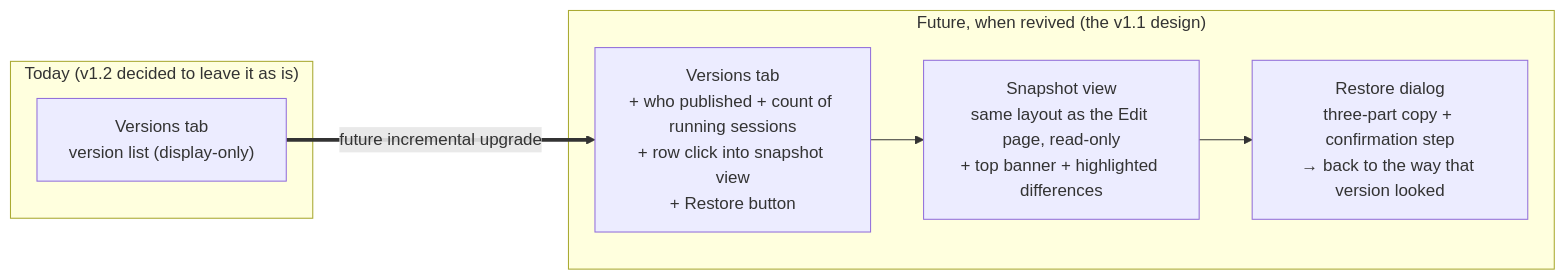
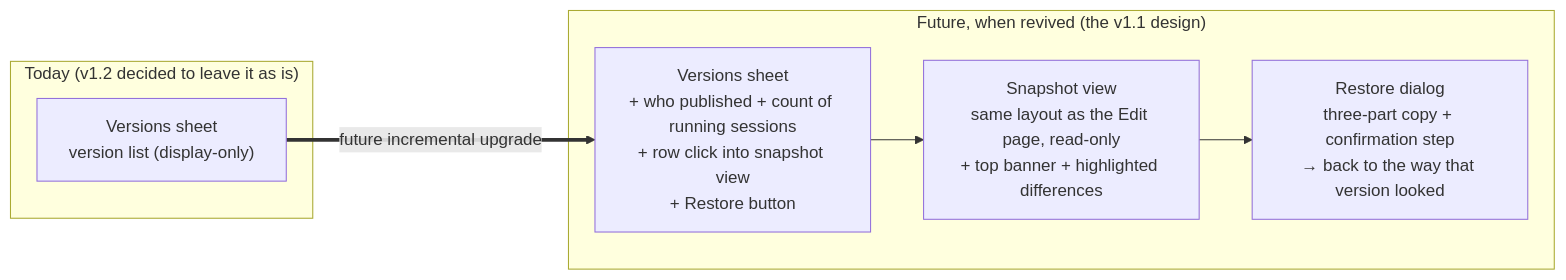
One commit to langgenius/mosoo changed the second of 2 diagrams in docs/prd/agent-versions.md. Above: the diagram before and after it, drawn with Mermaid. The commit also changed other lines of this file and 66 other files, not shown here.

````diff
--- a/docs/prd/agent-versions.md
+++ b/docs/prd/agent-versions.md
@@ -127,16 +129,16 @@
 ```mermaid
 flowchart LR
   subgraph Before["Today (v1.2 decided to leave it as is)"]
-    BTab["Versions tab<br/>version list (display-only)"]
+    BTab["Versions sheet<br/>version list (display-only)"]
   end
 
   subgraph After["Future, when revived (the v1.1 design)"]
-    ATab["Versions tab<br/>+ who published + count of running sessions<br/>+ row click into snapshot view<br/>+ Restore button"]
+    ATab["Versions sheet<br/>+ who published + count of running sessions<br/>+ row click into snapshot view<br/>+ Restore button"]
     AFroze["Snapshot view<br/>same layout as the Edit page, read-only<br/>+ top banner + highlighted differences"]
     ARestore["Restore dialog<br/>three-part copy + confirmation step<br/>→ back to the way that version looked"]
   end
 
   BTab ==>|future incremental upgrade| ATab
   ATab --> AFroze
   AFroze --> ARestore
 ```
````
